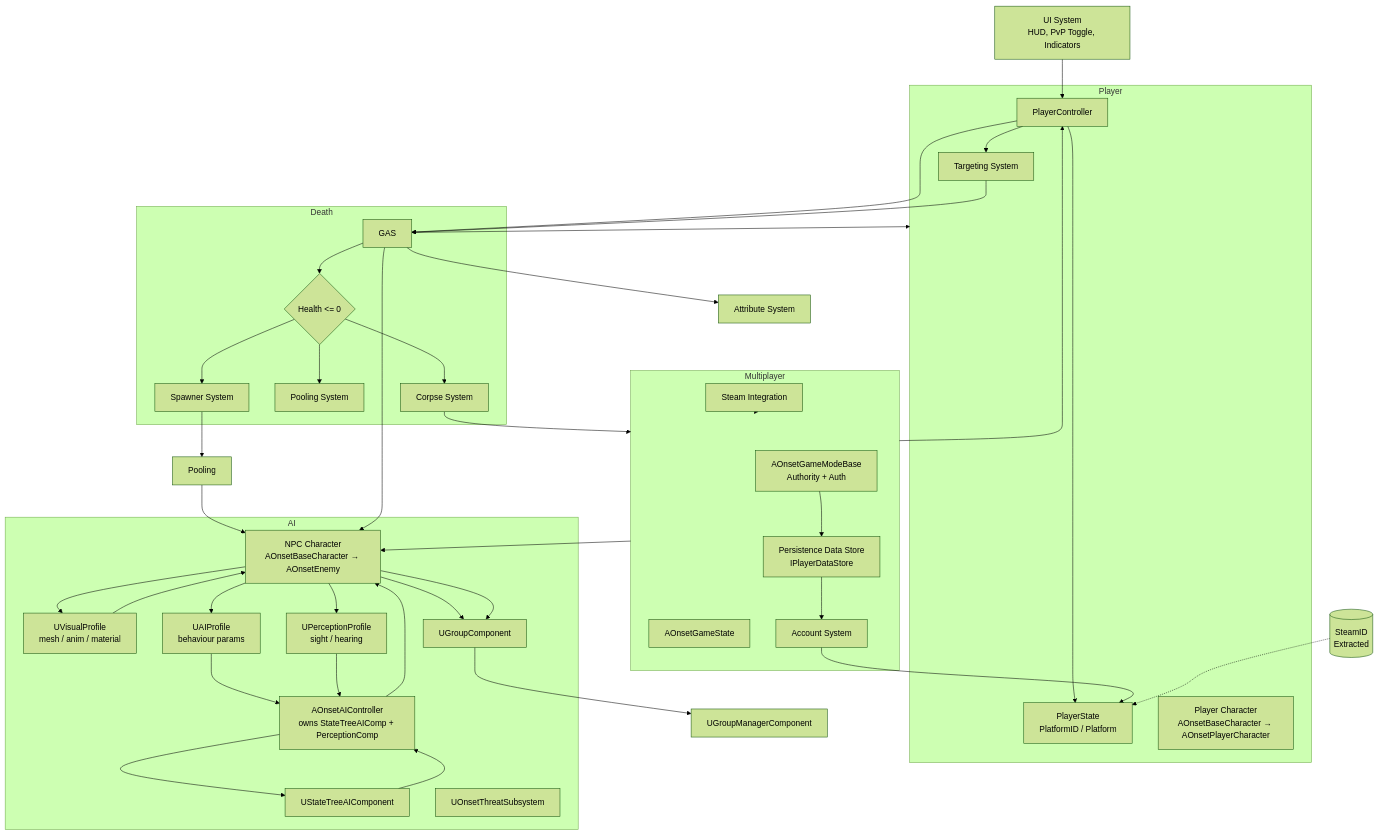
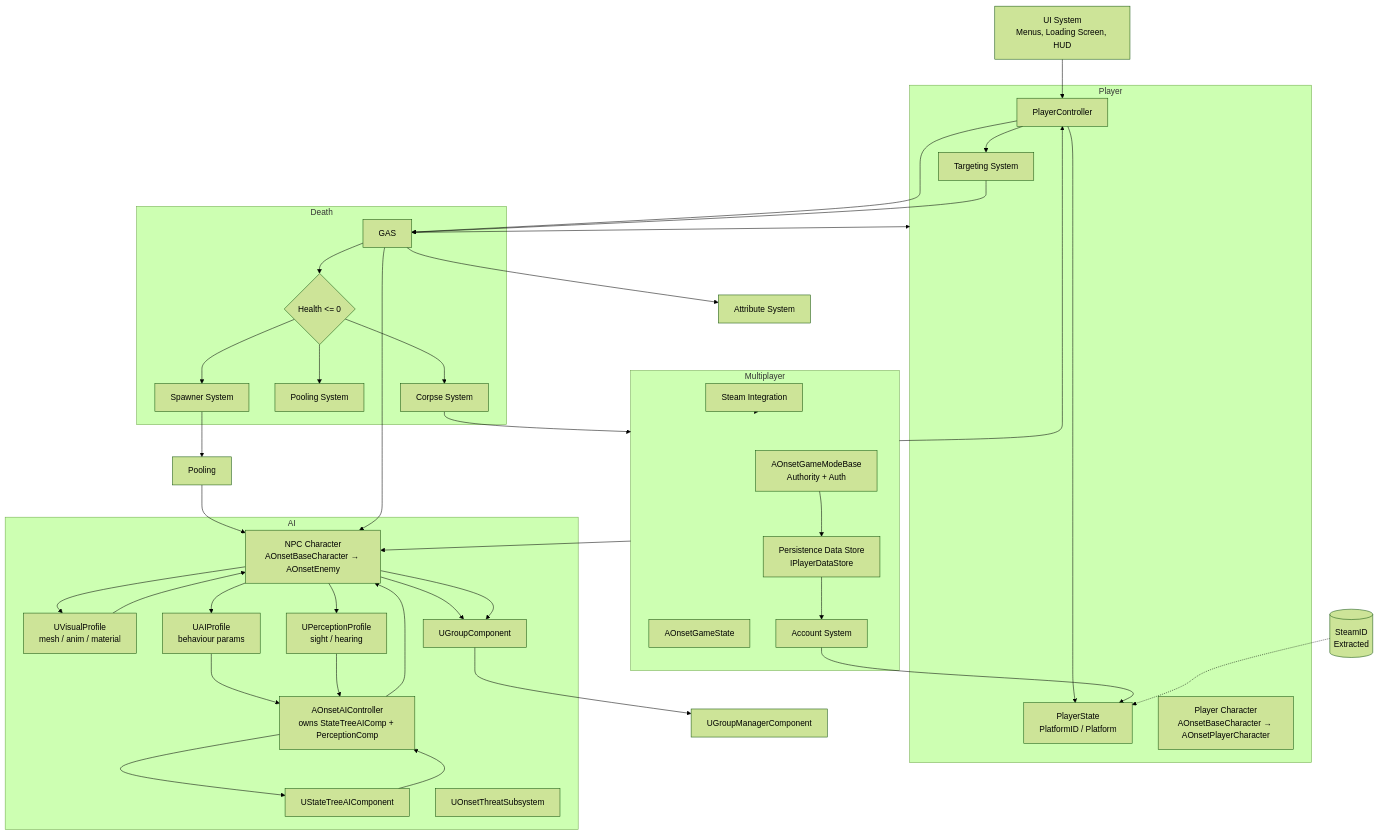
The diagram in Docs/Architecture/Architecture Overview.md (maximoh-mmo/PortfolioTutorial), drawn with Mermaid (forest theme) before and after one commit. The commit also changed other lines of this file and 9 other files, not shown here.

Commit message:
docs: update docs/todos for loading screen, C++ slots, two-server flow

````diff
--- a/Docs/Architecture/Architecture Overview.md
+++ b/Docs/Architecture/Architecture Overview.md
@@ -28,71 +28,71 @@
 ```mermaid
 flowchart TD
-    UI[UI System<br/>HUD, PvP Toggle, Indicators] --> PC[PlayerController]
+    UI[UI System<br/>Menus, Loading Screen, HUD] --> PC[PlayerController]
     PC --> PS[PlayerState<br/>bIsPvPEnabled]
     PC --> Targeting[Targeting System]
     PC --> GAS
 
     Targeting --> GAS
     GAS --> Attributes[Attribute System]
 
     subgraph Player
         PC
         PS
         Targeting
         PlayerChar[Player Character<br/>AOnsetBaseCharacter → AOnsetPlayerCharacter]
     end
 
     subgraph AI
         NPC[NPC Character<br/>AOnsetBaseCharacter → AOnsetEnemy]
         AIC[AOnsetAIController<br/>owns StateTreeAIComp + PerceptionComp]
         STC[UStateTreeAIComponent]
         VisProfile[UVisualProfile<br/>mesh / anim / material]
         AIProfile[UAIProfile<br/>behaviour params]
         PercProfile[UPerceptionProfile<br/>sight / hearing]
         GComp[UGroupComponent]
         Threat[UOnsetThreatSubsystem]
     end
 
     subgraph Multiplayer
         GM[AOnsetGameModeBase<br/>Authority + Auth]
         GS[AOnsetGameState]
         Steam[Steam OSS<br/>Auth Tickets]
         Persist[Persistence Data Store<br/>IPlayerDataStore]
         Account[Account System]
     end
 
     Spawner --> Pooling
     Pooling --> NPC
     NPC --> VisProfile
     NPC --> AIProfile
     NPC --> PercProfile
     NPC --> GComp
     NPC --> GComp
     GComp --> GManager[UGroupManagerComponent]
 
     VisProfile --> NPC
     AIProfile --> AIC
     PercProfile --> AIC
     AIC --> STC
     STC --> AIC
     AIC --> NPC
 
     GAS --> NPC
     GAS --> Player
 
     subgraph Death
         GAS --> DeathFork{Health <= 0}
         DeathFork --> Pool[Pooling System]
         DeathFork --> Corpse[Corpse System]
         DeathFork --> Spawner[Spawner System]
     end
 
     Steam[Steam Integration] --> Multiplayer
     Multiplayer --> PC
     Multiplayer --> NPC
     Corpse --> Multiplayer
     Persist --> Account
     Account --> PS[PlayerState<br/>PlatformID / Platform]
     SteamSteamID[(SteamID\nExtracted)] -.-> PS
     GM --> Persist
 ```
````
